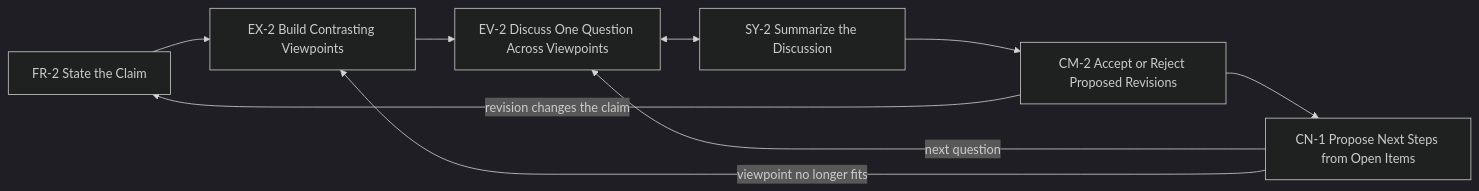
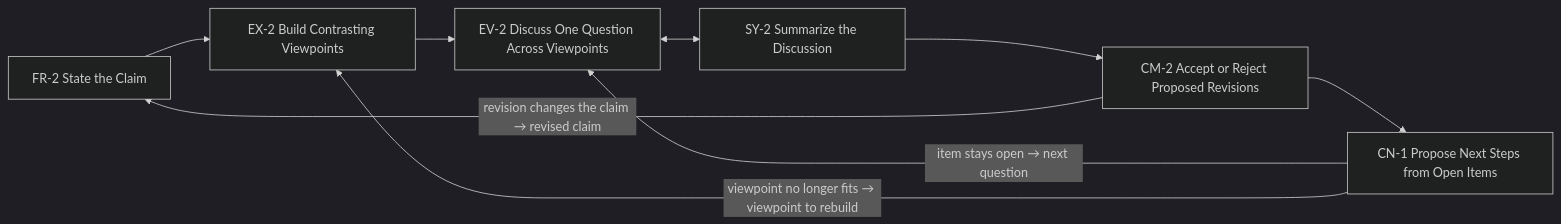
The diagram in pattern-language/patterns/WF-B.md (ucla-hci/interaction-design-patterns), drawn with Mermaid (dark theme) before and after one commit. The commit also changed 5 other files, not shown here.

Commit message:
10/13: workflow diagrams — muted colors, labeled loop-back and branch edges

````diff
--- a/pattern-language/patterns/WF-B.md
+++ b/pattern-language/patterns/WF-B.md
@@ -18,11 +18,11 @@
 ```mermaid
 flowchart LR
 FR2["FR-2 State the Claim"] --> EX2["EX-2 Build Contrasting Viewpoints"]
 EX2 --> EV2["EV-2 Discuss One Question Across Viewpoints"]
 EV2 <--> SY2["SY-2 Summarize the Discussion"]
 SY2 --> CM2["CM-2 Accept or Reject Proposed Revisions"]
 CM2 --> CN1["CN-1 Propose Next Steps from Open Items"]
-CN1 -- "next question" --> EV2
-CN1 -- "viewpoint no longer fits" --> EX2
-CM2 -- "revision changes the claim" --> FR2
+CN1 -- "item stays open → next question" --> EV2
+CN1 -- "viewpoint no longer fits → viewpoint to rebuild" --> EX2
+CM2 -- "revision changes the claim → revised claim" --> FR2
 ```
````
